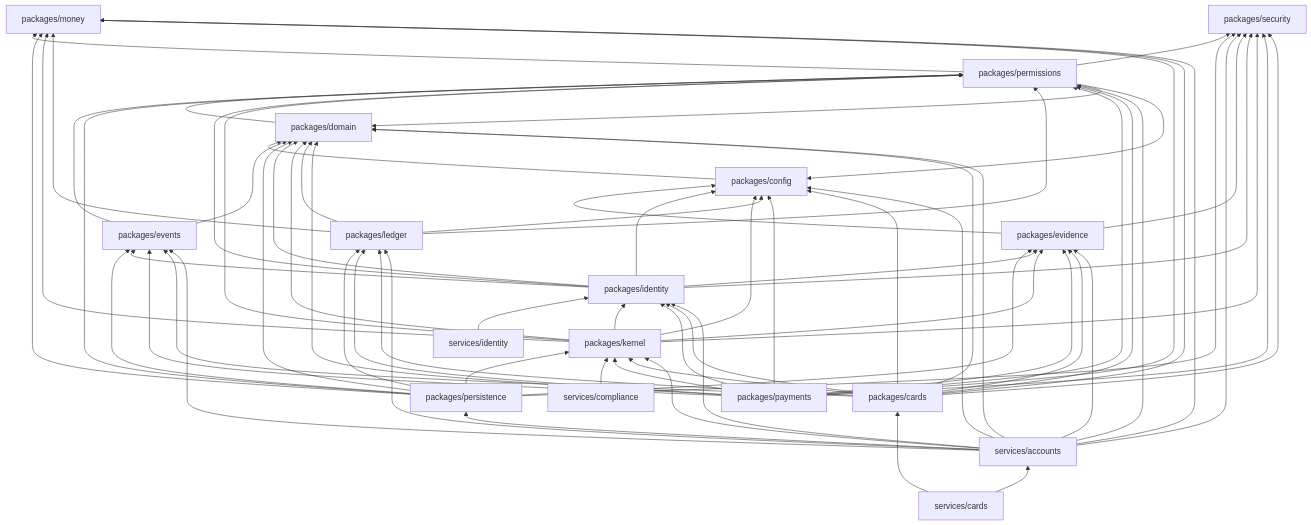
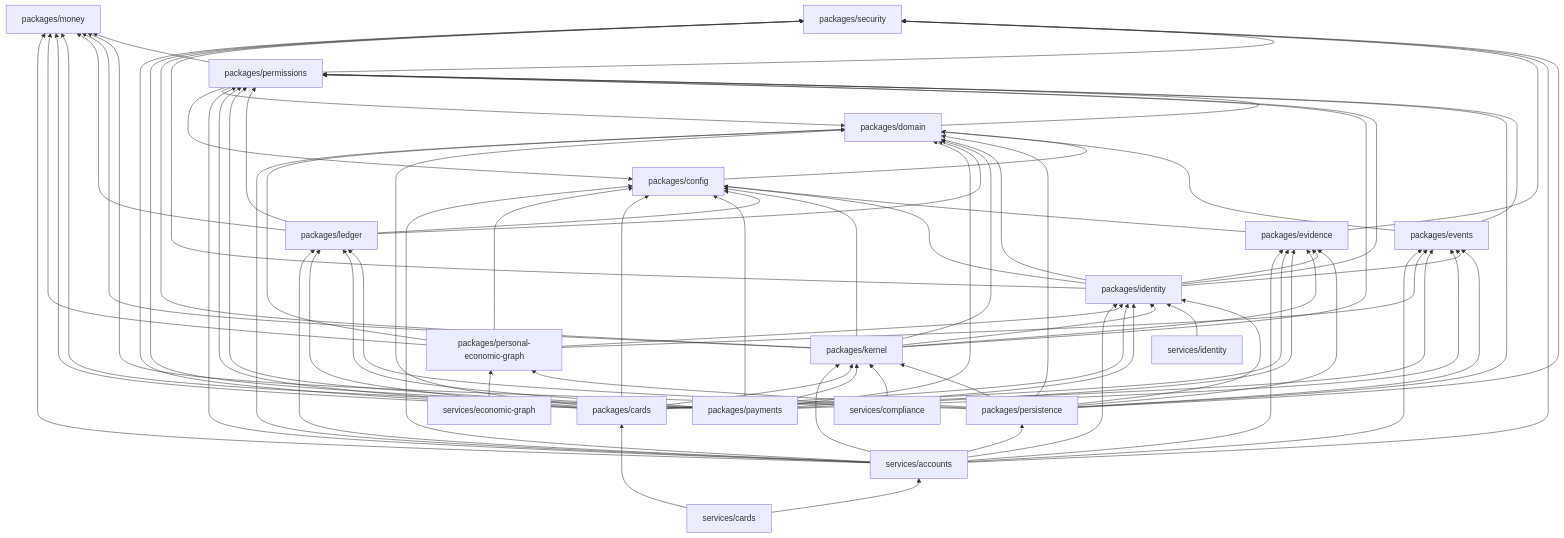
Before and after one commit to reyesnick54/solstice: the second of 2 diagrams in docs/architecture/constitution.md, drawn with Mermaid. The commit also changed other lines of this file and 57 other files, not shown here.

First line of the commit message:
feat(economy): add Personal Economic Graph

```diff
--- a/docs/architecture/constitution.md
+++ b/docs/architecture/constitution.md
@@ -377,10 +401,12 @@
   ledger["packages/ledger"]
   payments["packages/payments"]
   cards["packages/cards"]
+  peg["packages/personal-economic-graph"]
   accounts["services/accounts"]
   identitySvc["services/identity"]
   complianceSvc["services/compliance"]
   cardsSvc["services/cards"]
+  pegSvc["services/economic-graph"]
 
   config --> domain
   domain --> permissions
@@ -399,6 +425,8 @@
   persistence --> money
   persistence --> kernel
   persistence --> security
+  persistence --> identity
+  persistence --> peg
   accounts --> persistence
   accounts --> security
   evidence --> config
@@ -444,6 +472,12 @@
   cards --> security
   cardsSvc --> cards
   cardsSvc --> accounts
+  peg --> domain
+  peg --> money
+  peg --> identity
+  peg --> events
+  peg --> config
+  pegSvc --> peg
   accounts --> domain
   accounts --> evidence
   accounts --> events
```
